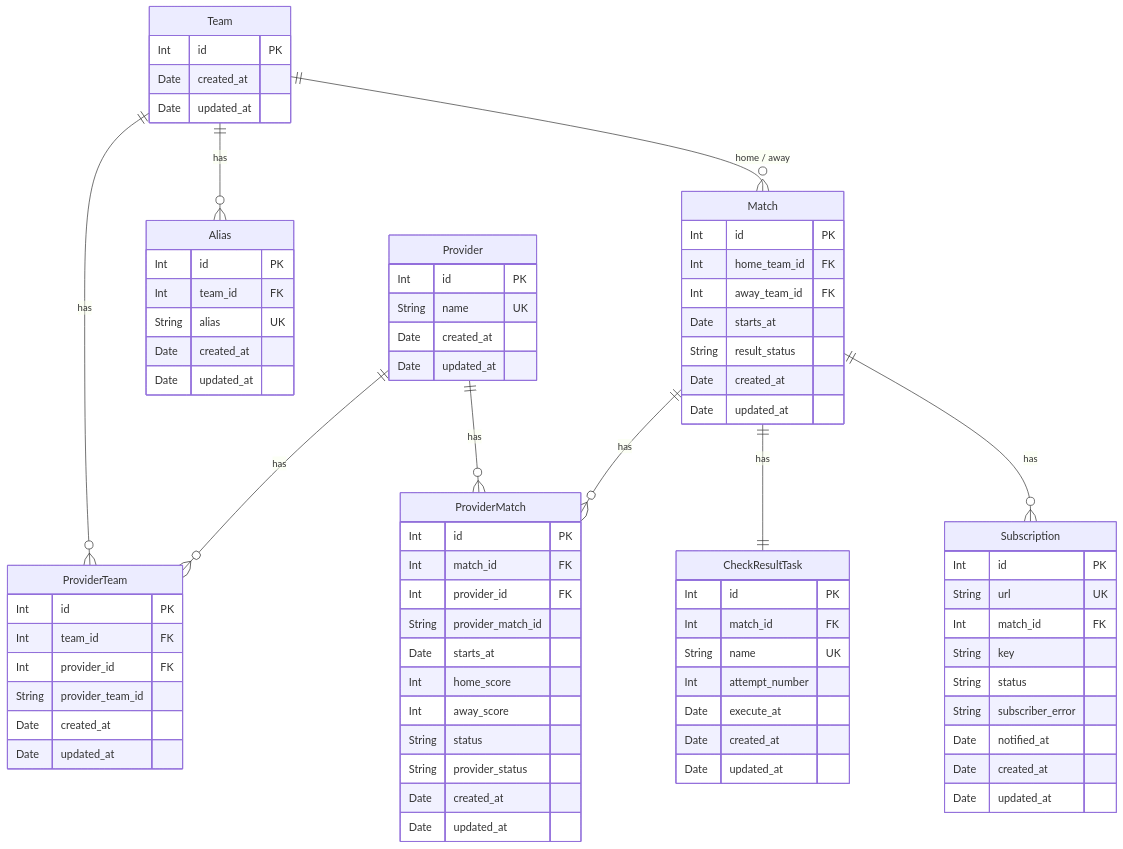
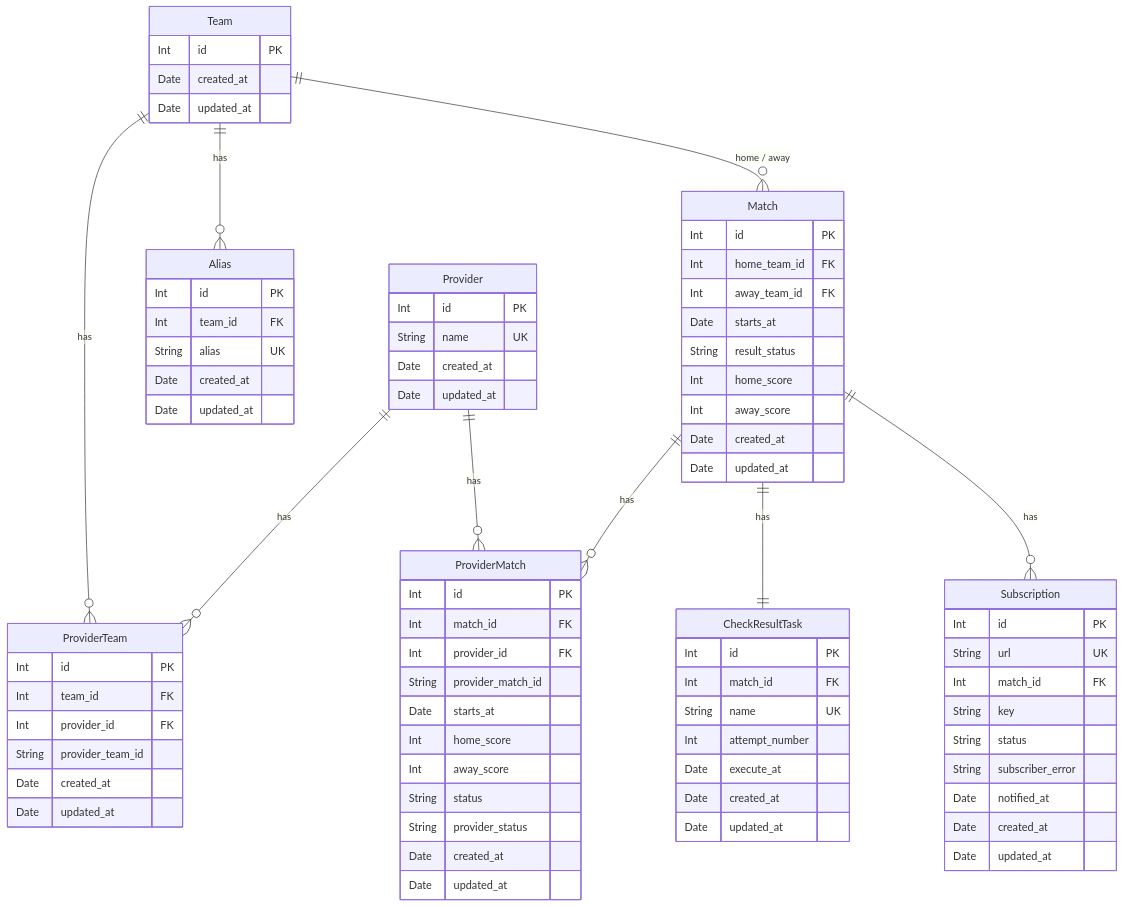
Before and after one commit to andrewshostak/result-service: the diagram in db-changes.md, drawn with Mermaid. The commit also changed other lines of this file and 6 other files, not shown here.

Commit message:
Add home_score and away_score to `matches

```diff
--- a/db-changes.md
+++ b/db-changes.md
@@ -121,6 +135,8 @@
         Int away_team_id FK
         Date starts_at
         String result_status
+        Int home_score
+        Int away_score
         Date created_at
         Date updated_at
     }
```
